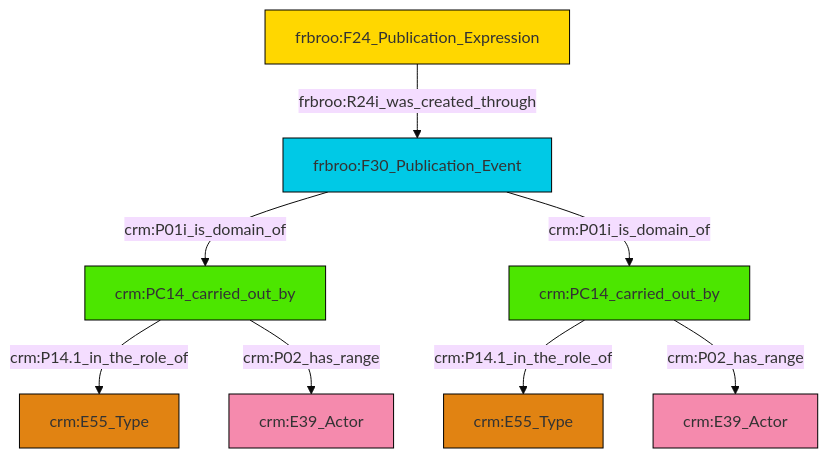
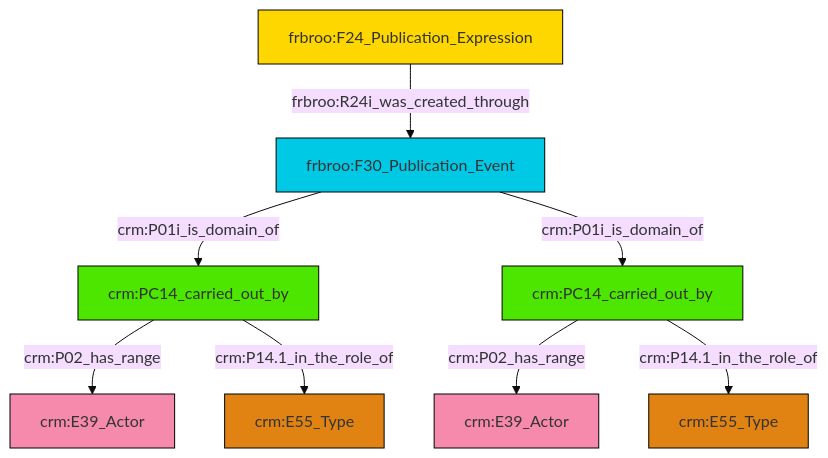
The diagram in et/biblioCSV/ttl/mmd/biblio_actor_relations.ttl.mmd (swiss-art-research-net/reference-data-models), drawn with Mermaid (base theme) before and after one commit. The commit also changed 126 other files, not shown here.

```diff
--- a/et/biblioCSV/ttl/mmd/biblio_actor_relations.ttl.mmd
+++ b/et/biblioCSV/ttl/mmd/biblio_actor_relations.ttl.mmd
@@ -1,22 +1,22 @@
 graph TD
 classDef Literal fill:#f2f2f2,stroke:#000000;
 classDef CRM_Entity fill:#FFFFFF,stroke:#000000;
 classDef Temporal_Entity fill:#00C9E6, stroke:#000000;
 classDef Type fill:#E18312, stroke:#000000;
 classDef Time-Span fill:#2C9C91, stroke:#000000;
 classDef Appellation fill:#FFEB7F, stroke:#000000;
 classDef Place fill:#008836, stroke:#000000;
 classDef Persistent_Item fill:#B266B2, stroke:#000000;
 classDef Conceptual_Object fill:#FFD700, stroke:#000000;
 classDef Physical_Thing fill:#D2B48C, stroke:#000000;
 classDef Actor fill:#f58aad, stroke:#000000;
 classDef PC_Classes fill:#4ce600, stroke:#000000;
 classDef Multi fill:#cccccc,stroke:#000000;
 
-2["crm:PC14_carried_out_by"]:::PC_Classes -->|crm:P14.1_in_the_role_of| 3["crm:E55_Type"]:::Type
-8["frbroo:F24_Publication_Expression"]:::Conceptual_Object -->|frbroo:R24i_was_created_through| 6["frbroo:F30_Publication_Event"]:::Temporal_Entity
-10["crm:PC14_carried_out_by"]:::PC_Classes -->|crm:P14.1_in_the_role_of| 0["crm:E55_Type"]:::Type
-6["frbroo:F30_Publication_Event"]:::Temporal_Entity -->|crm:P01i_is_domain_of| 10["crm:PC14_carried_out_by"]:::PC_Classes
-2["crm:PC14_carried_out_by"]:::PC_Classes -->|crm:P02_has_range| 4["crm:E39_Actor"]:::Actor
-10["crm:PC14_carried_out_by"]:::PC_Classes -->|crm:P02_has_range| 11["crm:E39_Actor"]:::Actor
-6["frbroo:F30_Publication_Event"]:::Temporal_Entity -->|crm:P01i_is_domain_of| 2["crm:PC14_carried_out_by"]:::PC_Classes
+2["crm:PC14_carried_out_by"]:::PC_Classes -->|crm:P02_has_range| 3["crm:E39_Actor"]:::Actor
+4["frbroo:F30_Publication_Event"]:::Temporal_Entity -->|crm:P01i_is_domain_of| 2["crm:PC14_carried_out_by"]:::PC_Classes
+6["crm:PC14_carried_out_by"]:::PC_Classes -->|crm:P02_has_range| 7["crm:E39_Actor"]:::Actor
+6["crm:PC14_carried_out_by"]:::PC_Classes -->|crm:P14.1_in_the_role_of| 0["crm:E55_Type"]:::Type
+14["frbroo:F24_Publication_Expression"]:::Conceptual_Object -->|frbroo:R24i_was_created_through| 4["frbroo:F30_Publication_Event"]:::Temporal_Entity
+4["frbroo:F30_Publication_Event"]:::Temporal_Entity -->|crm:P01i_is_domain_of| 6["crm:PC14_carried_out_by"]:::PC_Classes
+2["crm:PC14_carried_out_by"]:::PC_Classes -->|crm:P14.1_in_the_role_of| 11["crm:E55_Type"]:::Type
```
